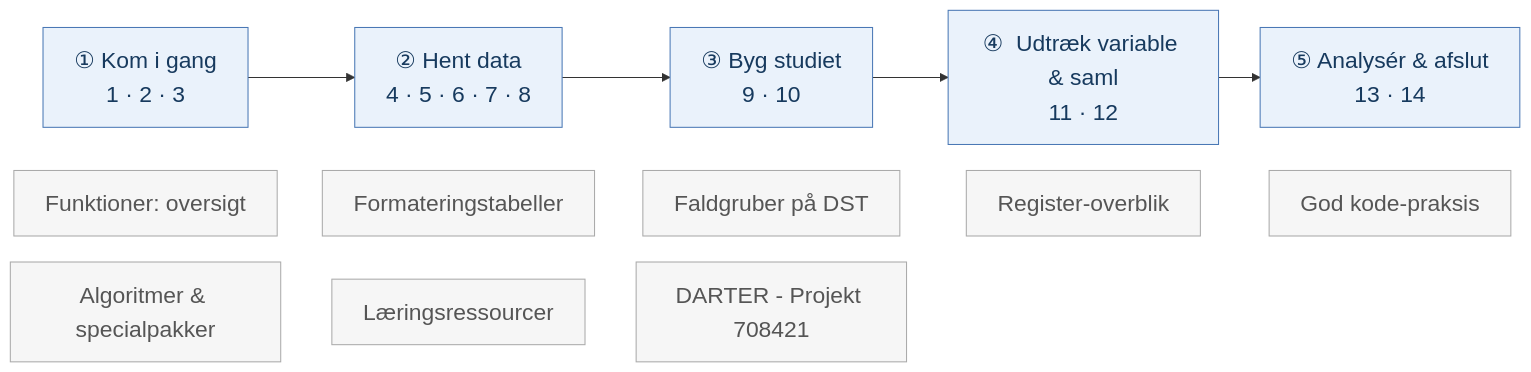
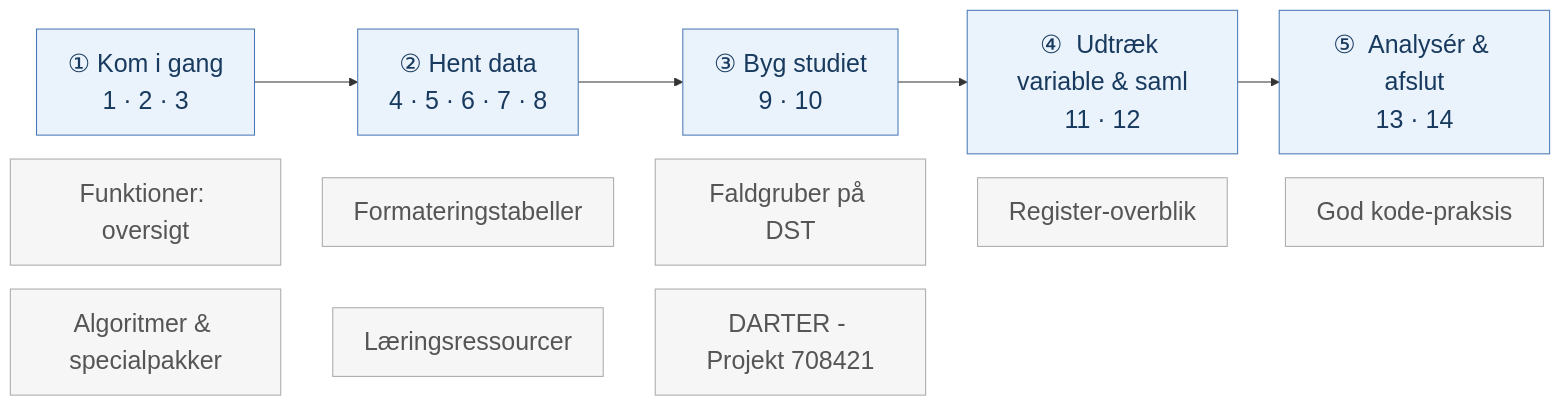
Before and after one commit to steno-aarhus/registers-guide: the diagram in docs/da/00_index.qmd, drawn with Mermaid.

Commit message:
Adjust Mermaid chart font and node spacing

````diff
--- a/docs/da/00_index.qmd
+++ b/docs/da/00_index.qmd
@@ -56,19 +56,19 @@
 ```{mermaid}
 %%{init: {
   "themeVariables": {
-    "fontSize": "22px"
+    "fontSize": "24px"
   },
   "flowchart": {
-    "nodeSpacing": 25,
+    "nodeSpacing": 23,
     "rankSpacing": 40
   }
 }}%%
 flowchart LR
     S1["①  Kom i gang<br>1 · 2 · 3"] --> S2["②  Hent data<br>4 · 5 · 6 · 7 · 8"] --> S3["③  Byg studiet<br>9 · 10"] --> S4["④  Udtræk variable & saml<br>11 · 12"] --> S5["⑤  Analysér & afslut<br>13 · 14"]
     O1["Funktioner: oversigt"] ~~~ O2["Formateringstabeller"] ~~~ O3["Faldgruber på DST"] ~~~ O4["Register-overblik"] ~~~ O5["God kode-praksis"]
     O6["Algoritmer & specialpakker"] ~~~ O7["Læringsressourcer"] ~~~ O8["DARTER - Projekt 708421"]
     classDef stage fill:#eaf2fb,stroke:#4a78b5,stroke-width:1px,color:#173a5e;
     classDef ref fill:#f6f6f6,stroke:#aaaaaa,color:#555555;
     class S1,S2,S3,S4,S5 stage
     class O1,O2,O3,O4,O5,O6,O7,O8 ref
 ```
````
